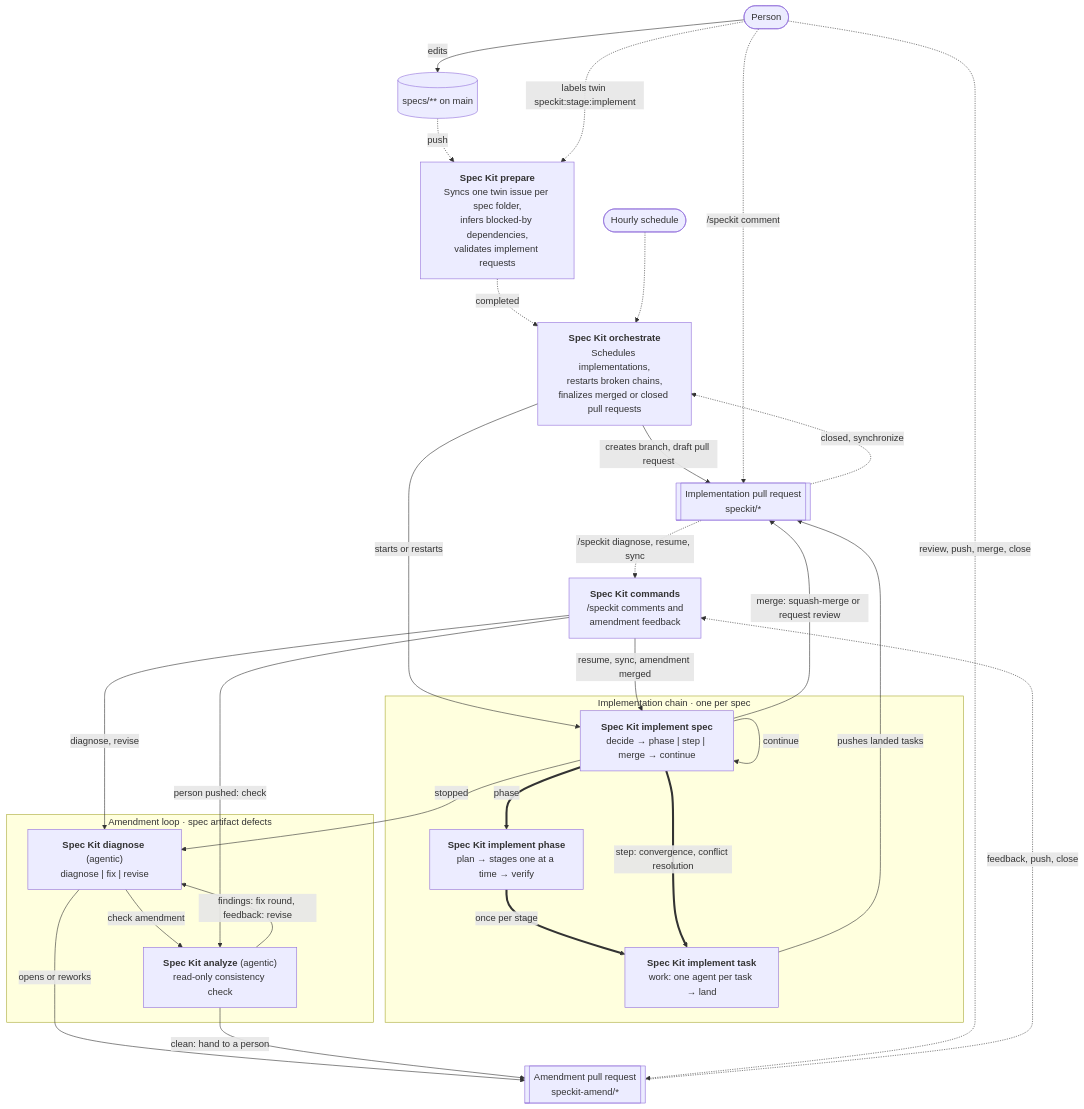
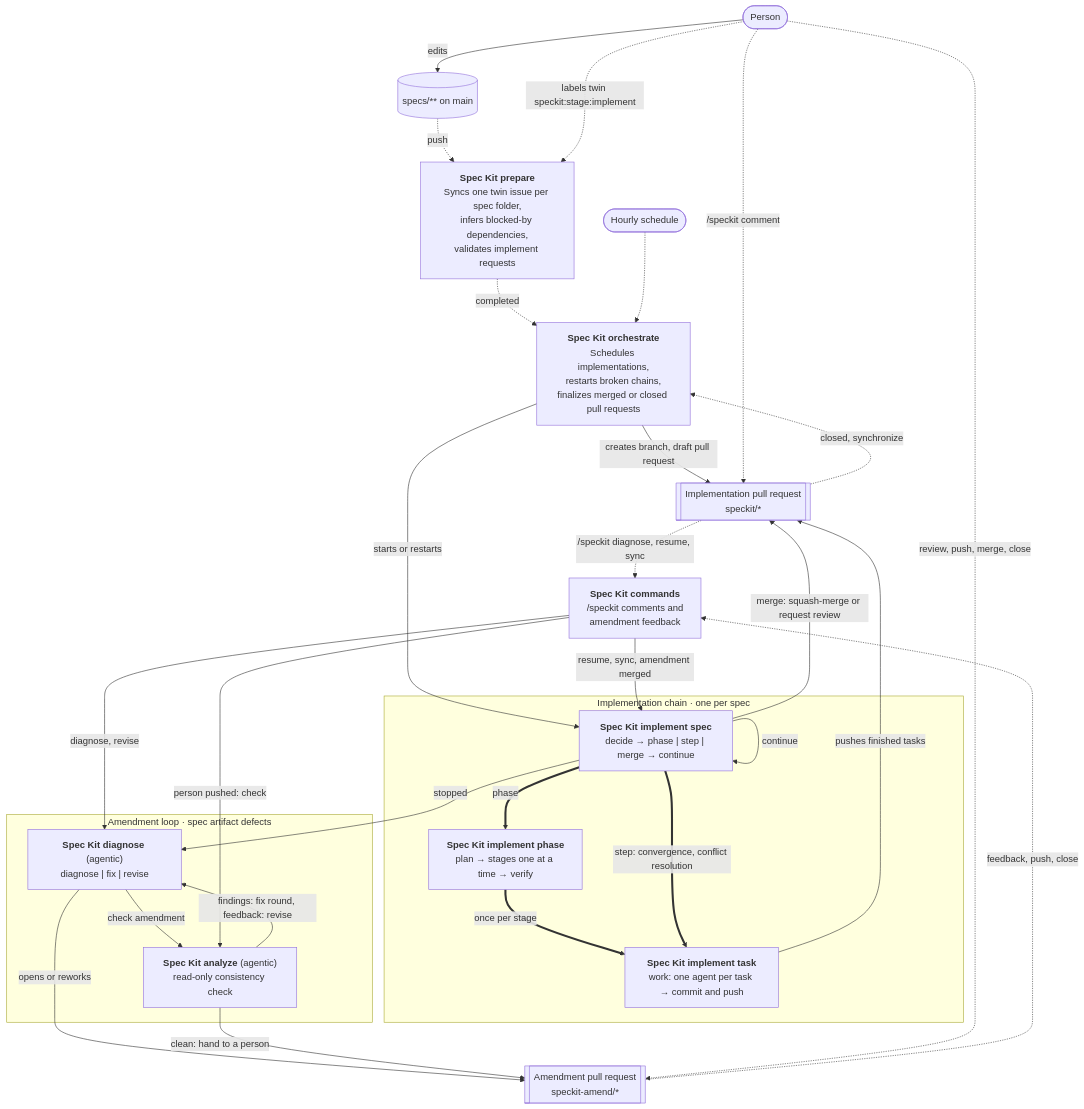
Before and after one commit to markusheiliger/socalytics: the diagram in .github/workflows/README.md, drawn with Mermaid. The commit also changed other lines of this file and 4 other files, not shown here.

````diff
--- a/.github/workflows/README.md
+++ b/.github/workflows/README.md
@@ -9,55 +9,55 @@
 ```mermaid
 flowchart TD
     person(["Person"])
     specs[("specs/** on main")]
     cron(["Hourly schedule"])
 
     prepare["<b>Spec Kit prepare</b><br/>Syncs one twin issue per spec folder,<br/>infers blocked-by dependencies,<br/>validates implement requests"]
     orchestrate["<b>Spec Kit orchestrate</b><br/>Schedules implementations,<br/>restarts broken chains,<br/>finalizes merged or closed pull requests"]
     commands["<b>Spec Kit commands</b><br/>/speckit comments and<br/>amendment feedback"]
 
     subgraph chain["Implementation chain · one per spec"]
         spec["<b>Spec Kit implement spec</b><br/>decide → phase | step | merge → continue"]
         phase["<b>Spec Kit implement phase</b><br/>plan → stages one at a time → verify"]
-        task["<b>Spec Kit implement task</b><br/>work: one agent per task → land"]
+        task["<b>Spec Kit implement task</b><br/>work: one agent per task → commit and push"]
     end
 
     subgraph amend["Amendment loop · spec artifact defects"]
         diagnose["<b>Spec Kit diagnose</b> (agentic)<br/>diagnose | fix | revise"]
         analyze["<b>Spec Kit analyze</b> (agentic)<br/>read-only consistency check"]
     end
 
     implPr[["Implementation pull request<br/>speckit/*"]]
     amendPr[["Amendment pull request<br/>speckit-amend/*"]]
 
     person -- "edits" --> specs
     specs -. "push" .-> prepare
     person -. "labels twin speckit:stage:implement" .-> prepare
     prepare -. "completed" .-> orchestrate
     cron -.-> orchestrate
     implPr -. "closed, synchronize" .-> orchestrate
 
     orchestrate -- "creates branch, draft pull request" --> implPr
     orchestrate -- "starts or restarts" --> spec
 
     spec == "phase" ==> phase
     phase == "once per stage" ==> task
     spec == "step: convergence, conflict resolution" ==> task
     spec -- "continue" --> spec
-    task -- "pushes landed tasks" --> implPr
+    task -- "pushes finished tasks" --> implPr
     spec -- "merge: squash-merge or request review" --> implPr
 
     spec -- "stopped" --> diagnose
     diagnose -- "opens or reworks" --> amendPr
     diagnose -- "check amendment" --> analyze
     analyze -- "findings: fix round, feedback: revise" --> diagnose
     analyze -- "clean: hand to a person" --> amendPr
 
     person -. "/speckit comment" .-> implPr
     person -. "review, push, merge, close" .-> amendPr
     implPr -. "/speckit diagnose, resume, sync" .-> commands
     amendPr -. "feedback, push, close" .-> commands
     commands -- "resume, sync, amendment merged" --> spec
     commands -- "diagnose, revise" --> diagnose
     commands -- "person pushed: check" --> analyze
 ```
````
